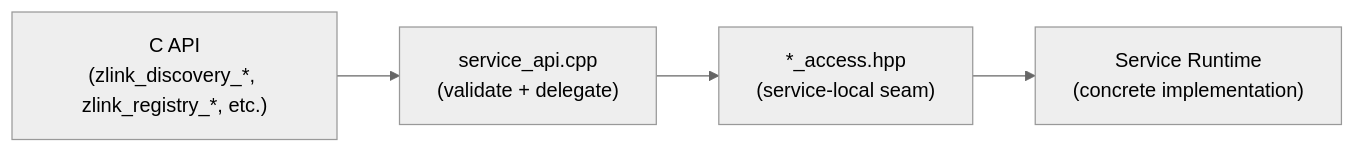
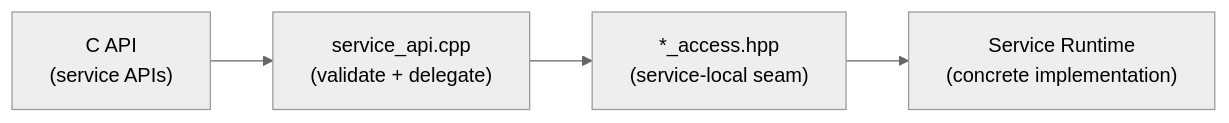
The second of 3 diagrams in core/doc/guide/07-0-services.md (kairos-code-dev/zlink), drawn with Mermaid (neutral theme) before and after one commit. The commit also changed other lines of this file and 37 other files, not shown here.

Commit message:
Clean stale discovery registry binding docs

````diff
--- a/core/doc/guide/07-0-services.md
+++ b/core/doc/guide/07-0-services.md
@@ -137,6 +137,6 @@
 ```mermaid
 flowchart LR
-    A["C API<br/>(zlink_discovery_*, zlink_registry_*, etc.)"] --> B["service_api.cpp<br/>(validate + delegate)"]
+    A["C API<br/>(service APIs)"] --> B["service_api.cpp<br/>(validate + delegate)"]
     B --> C["*_access.hpp<br/>(service-local seam)"]
     C --> D["Service Runtime<br/>(concrete implementation)"]
 ```
````
